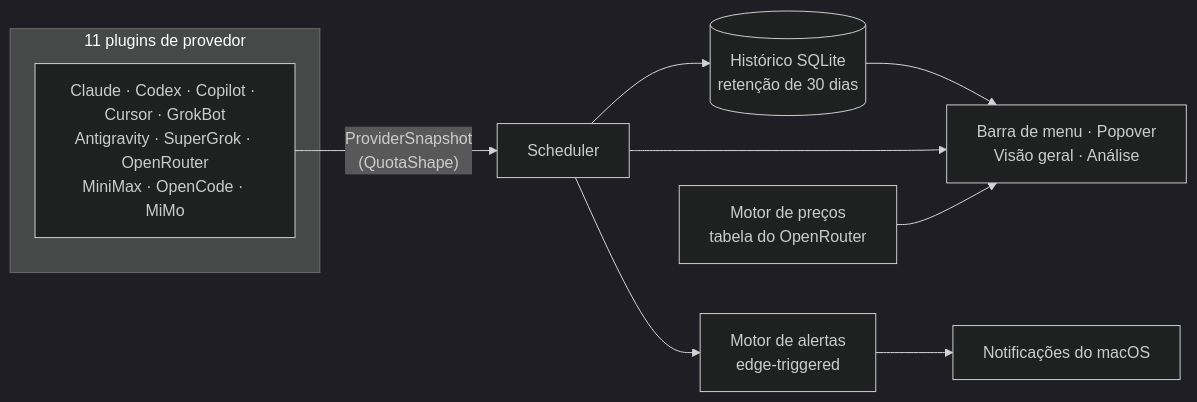
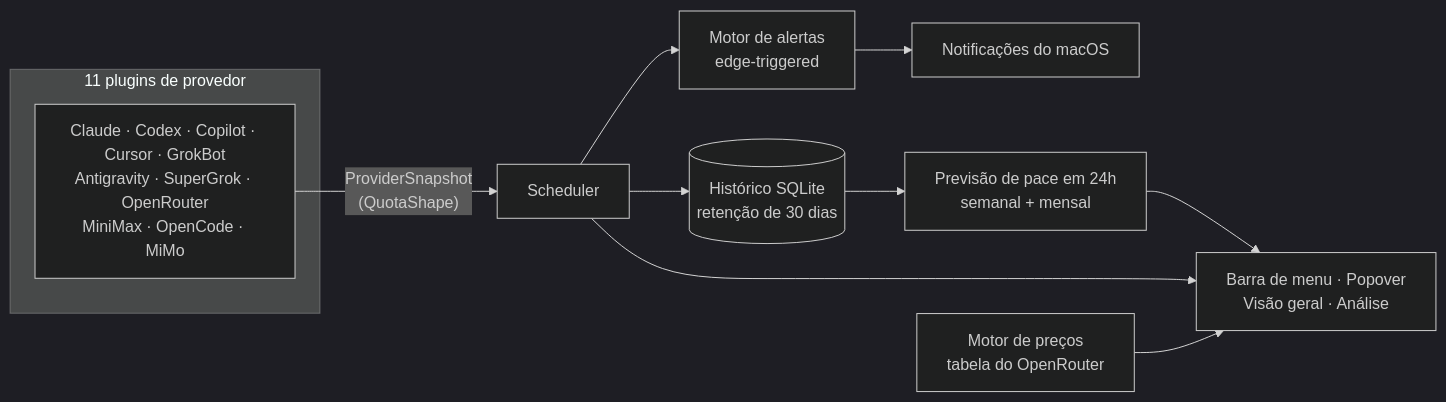
The diagram in README.pt-BR.md (OkamiOps/OkTally), drawn with Mermaid (dark theme) before and after one commit. The commit also changed other lines of this file and 24 other files, not shown here.

````diff
--- a/README.pt-BR.md
+++ b/README.pt-BR.md
@@ -99,13 +99,14 @@
 ```mermaid
 flowchart LR
     subgraph Providers["11 plugins de provedor"]
         P1["Claude · Codex · Copilot · Cursor · GrokBot<br/>Antigravity · SuperGrok · OpenRouter<br/>MiniMax · OpenCode · MiMo"]
     end
     P1 -->|"ProviderSnapshot<br/>(QuotaShape)"| S[Scheduler]
     S --> DB[(Histórico SQLite<br/>retenção de 30 dias)]
     S --> AE[Motor de alertas<br/>edge-triggered]
     AE --> N[Notificações do macOS]
-    DB --> UI["Barra de menu · Popover<br/>Visão geral · Análise"]
+    DB --> FE[Previsão de pace em 24h<br/>semanal + mensal]
+    FE --> UI["Barra de menu · Popover<br/>Visão geral · Análise"]
     S --> UI
     PE[Motor de preços<br/>tabela do OpenRouter] --> UI
 ```
````
